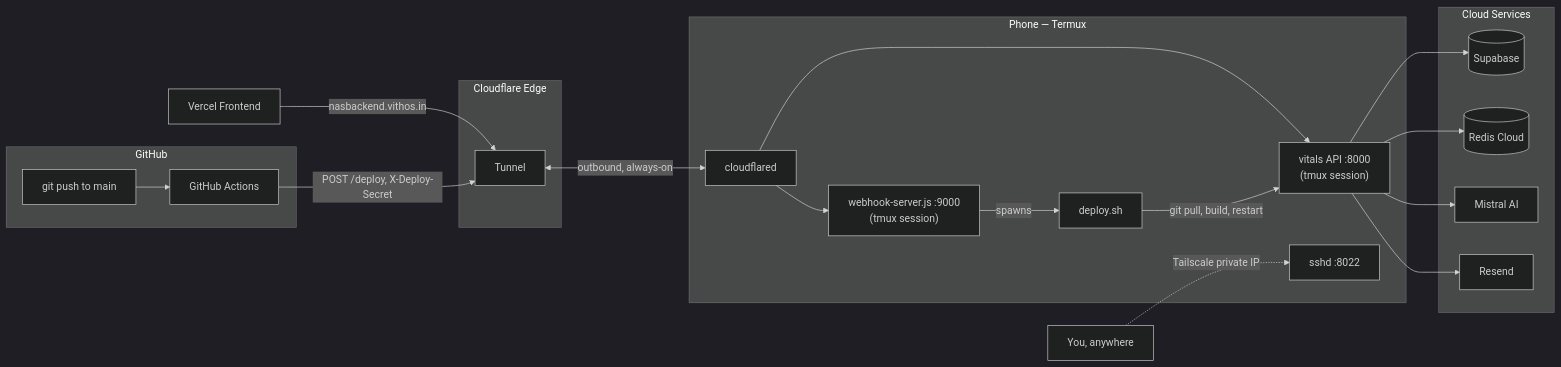
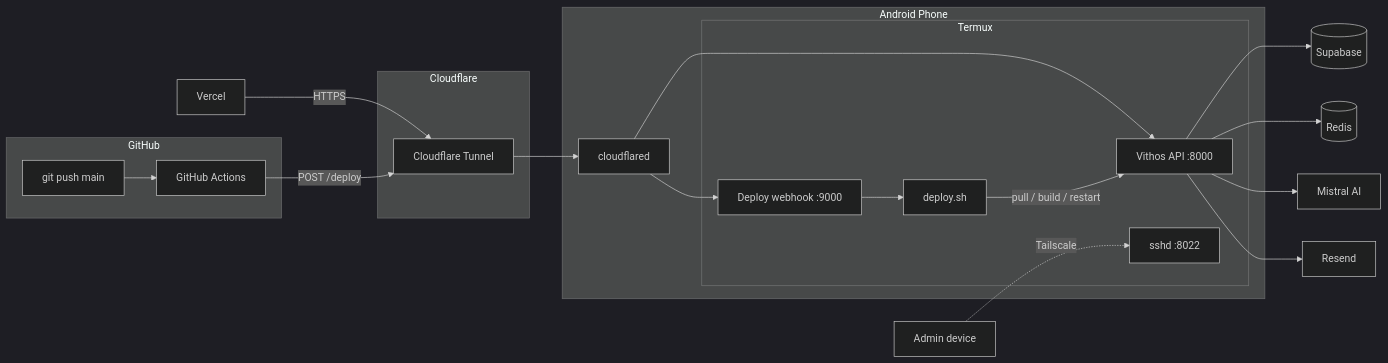
Before and after one commit to vithosapp/nas-deploy: the diagram in README.md, drawn with Mermaid (dark theme). The commit also changed other lines of this file, not shown here.

First line of the commit message:
Revise README for Vithos backend deployment on Android

````diff
--- a/README.md
+++ b/README.md
@@ -35,40 +19,36 @@
 ```mermaid
 flowchart LR
-    subgraph gh[GitHub]
-        push[git push to main] --> actions[GitHub Actions]
+    subgraph github[GitHub]
+        push[git push main] --> actions[GitHub Actions]
     end
 
-    subgraph cf[Cloudflare Edge]
-        tunnel[Tunnel]
+    subgraph cloudflare[Cloudflare]
+        tunnel[Cloudflare Tunnel]
     end
 
-    subgraph phone[Phone — Termux]
+    subgraph phone[Android Phone]
         cloudflared[cloudflared]
-        vitals["vitals API :8000\n(tmux session)"]
-        webhook["webhook-server.js :9000\n(tmux session)"]
-        deploy[deploy.sh]
-        sshd[sshd :8022]
+
+        subgraph termux[Termux]
+            api["Vithos API :8000"]
+            webhook["Deploy webhook :9000"]
+            deploy[deploy.sh]
+            sshd[sshd :8022]
+        end
     end
 
-    subgraph services[Cloud Services]
-        supabase[(Supabase)]
-        redis[(Redis Cloud)]
-        mistral[Mistral AI]
-        resend[Resend]
-    end
+    frontend[Vercel] -->|HTTPS| tunnel
+    actions -->|POST /deploy| tunnel
+    tunnel --> cloudflared
+    cloudflared --> api
+    cloudflared --> webhook
+    webhook --> deploy
+    deploy -->|pull / build / restart| api
 
-    frontend[Vercel Frontend] -->|nasbackend.vithos.in| tunnel
-    actions -->|POST /deploy, X-Deploy-Secret| tunnel
-    tunnel <-->|outbound, always-on| cloudflared
-    cloudflared --> vitals
-    cloudflared --> webhook
-    webhook -->|spawns| deploy
-    deploy -->|git pull, build, restart| vitals
+    you[Admin device] -. Tailscale .-> sshd
 
-    vitals --> supabase
-    vitals --> redis
-    vitals --> mistral
-    vitals --> resend
-
-    you[You, anywhere] -.Tailscale private IP.-> sshd
+    api --> supabase[(Supabase)]
+    api --> redis[(Redis)]
+    api --> mistral[Mistral AI]
+    api --> resend[Resend]
 ```
````
